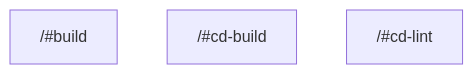
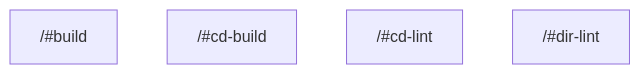
Before and after one commit to voidzero-dev/vite-task: the diagram in crates/vt_plan/tests/plan_snapshots/fixtures/cd_in_scripts/snapshots/task_graph.md, drawn with Mermaid. The commit also changed other lines of this file and 8 other files, not shown here.

````diff
--- a/crates/vt_plan/tests/plan_snapshots/fixtures/cd_in_scripts/snapshots/task_graph.md
+++ b/crates/vt_plan/tests/plan_snapshots/fixtures/cd_in_scripts/snapshots/task_graph.md
@@ -3,6 +3,7 @@
 ```mermaid
 flowchart TD
   task_0["<workspace>/#build"]
   task_1["<workspace>/#cd-build"]
   task_2["<workspace>/#cd-lint"]
+  task_3["<workspace>/#dir-lint"]
 ```
````
